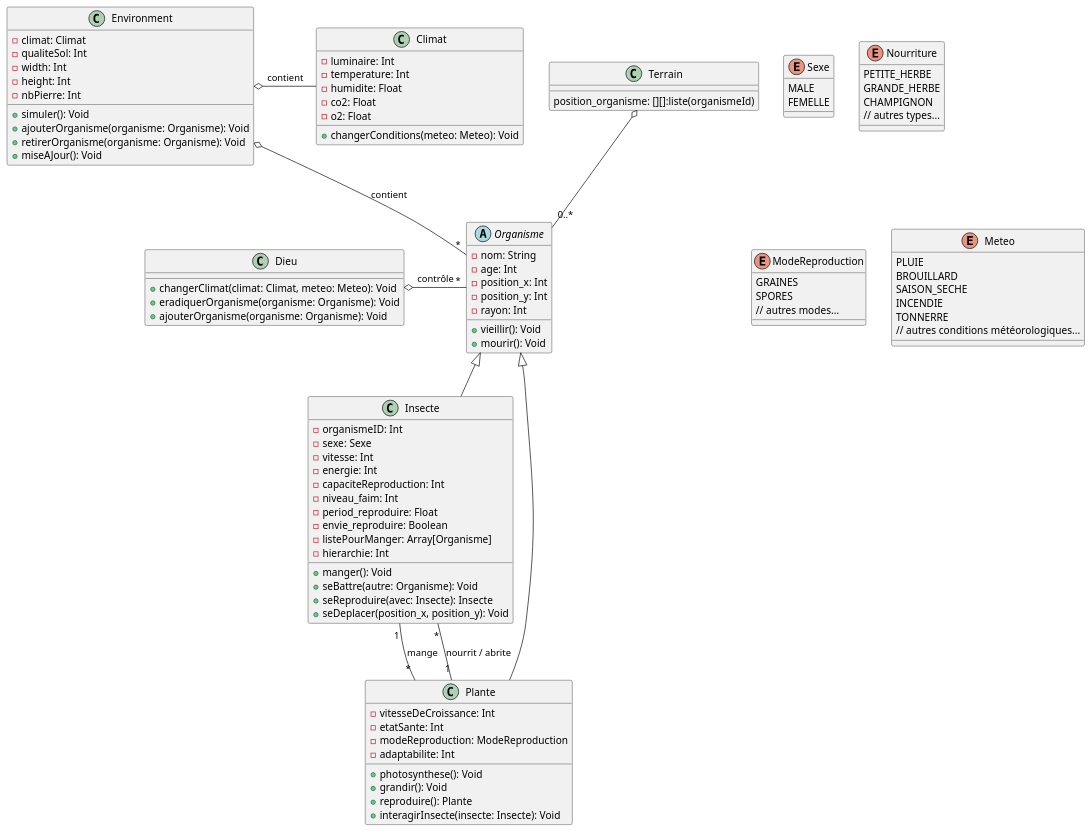
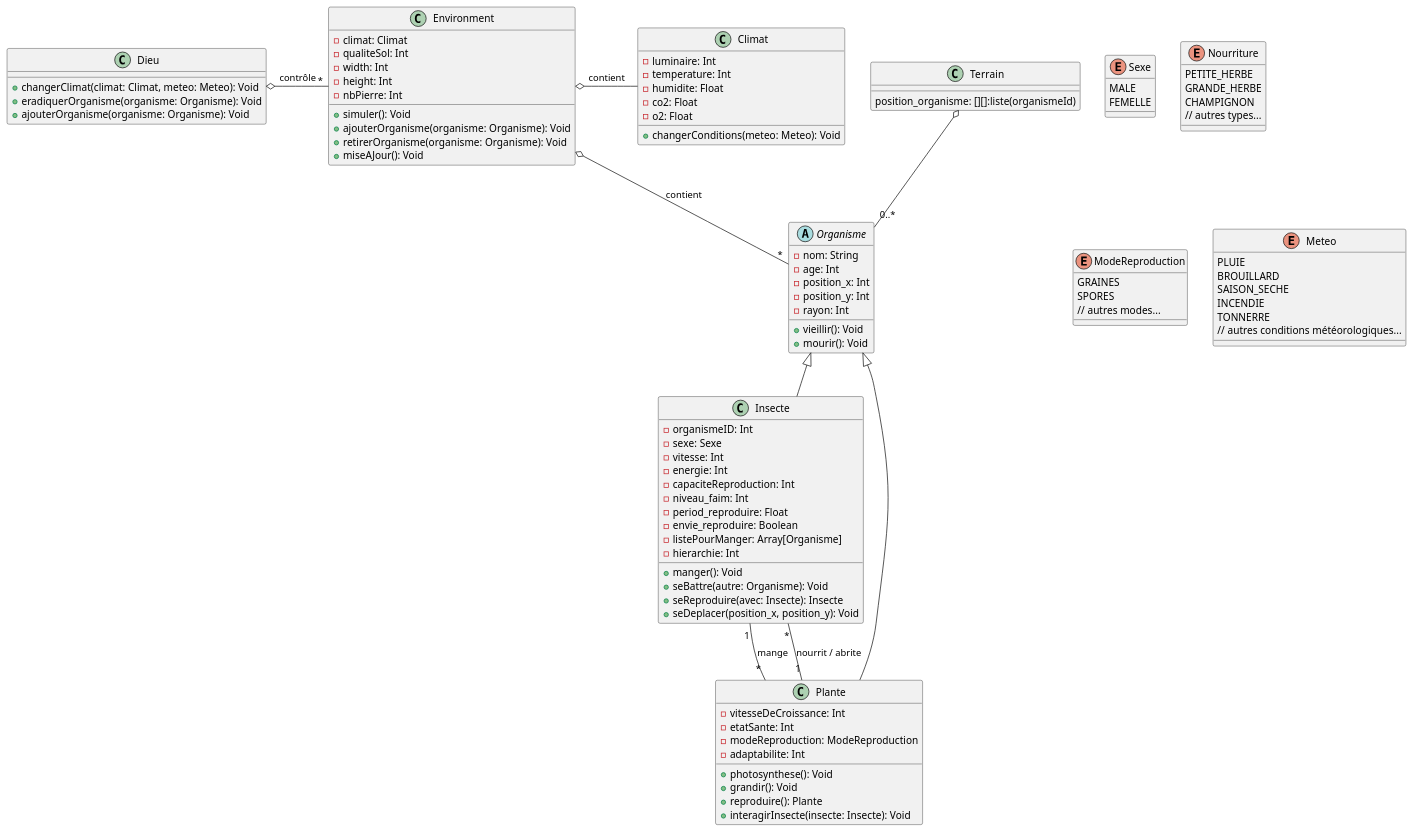
Before and after one commit to Sandrineavida/Vivarium_Multi-Agent_Golang: the diagram in vivarium_uml.puml, drawn with PlantUML. The commit also changed 1 other file, not shown here.

Commit message:
UML dieu指向env

```diff
--- a/vivarium_uml.puml
+++ b/vivarium_uml.puml
@@ -1,106 +1,106 @@
 @startuml
 
 abstract class Organisme {
    - nom: String
    - age: Int
    - position_x: Int
    - position_y: Int
    - rayon: Int
    + vieillir(): Void
    + mourir(): Void
 }
 
 class Insecte extends Organisme {
    - organismeID: Int
    - sexe: Sexe
    - vitesse: Int
    - energie: Int
    - capaciteReproduction: Int
    - niveau_faim: Int
    - period_reproduire: Float
    - envie_reproduire: Boolean
    - listePourManger: Array[Organisme]
    - hierarchie: Int
    + manger(): Void
    + seBattre(autre: Organisme): Void
    + seReproduire(avec: Insecte): Insecte
    + seDeplacer(position_x, position_y): Void
 }
 
 class Plante extends Organisme {
    - vitesseDeCroissance: Int
    - etatSante: Int
    - modeReproduction: ModeReproduction
    - adaptabilite: Int
    + photosynthese(): Void
    + grandir(): Void
    + reproduire(): Plante
    + interagirInsecte(insecte: Insecte): Void
 }
 
 enum Sexe {
    MALE
    FEMELLE
 }
 
 enum Nourriture {
    PETITE_HERBE
    GRANDE_HERBE
    CHAMPIGNON
    // autres types...
 }
 
 enum ModeReproduction {
    GRAINES
    SPORES
    // autres modes...
 }
 
 class Climat {
    - luminaire: Int
    - temperature: Int
    - humidite: Float
    - co2: Float
    - o2: Float
    + changerConditions(meteo: Meteo): Void
 }
 
 class Dieu {
    + changerClimat(climat: Climat, meteo: Meteo): Void
    + eradiquerOrganisme(organisme: Organisme): Void
    + ajouterOrganisme(organisme: Organisme): Void
 }
 
 class Environment {
    - climat: Climat
    - qualiteSol: Int
    - width: Int
    - height: Int
    - nbPierre: Int
    + simuler(): Void
    + ajouterOrganisme(organisme: Organisme): Void
    + retirerOrganisme(organisme: Organisme): Void
    + miseAJour(): Void
 }
 
 enum Meteo {
    PLUIE
    BROUILLARD
    SAISON_SECHE
    INCENDIE
    TONNERRE
    // autres conditions météorologiques...
 }
 
 class Terrain {
     position_organisme: [][]:liste(organismeId)
 }
 
 Insecte "1" -- "*" Plante : mange
 Plante "1" -- "*" Insecte : nourrit / abrite
-Dieu o- "*" Organisme : contrôle
+Dieu o- "*" Environment : contrôle
 Environment o- Climat : contient
 Environment o-- "*" Organisme : contient
 Terrain o-- "0..*" Organisme
 
 @enduml
```
